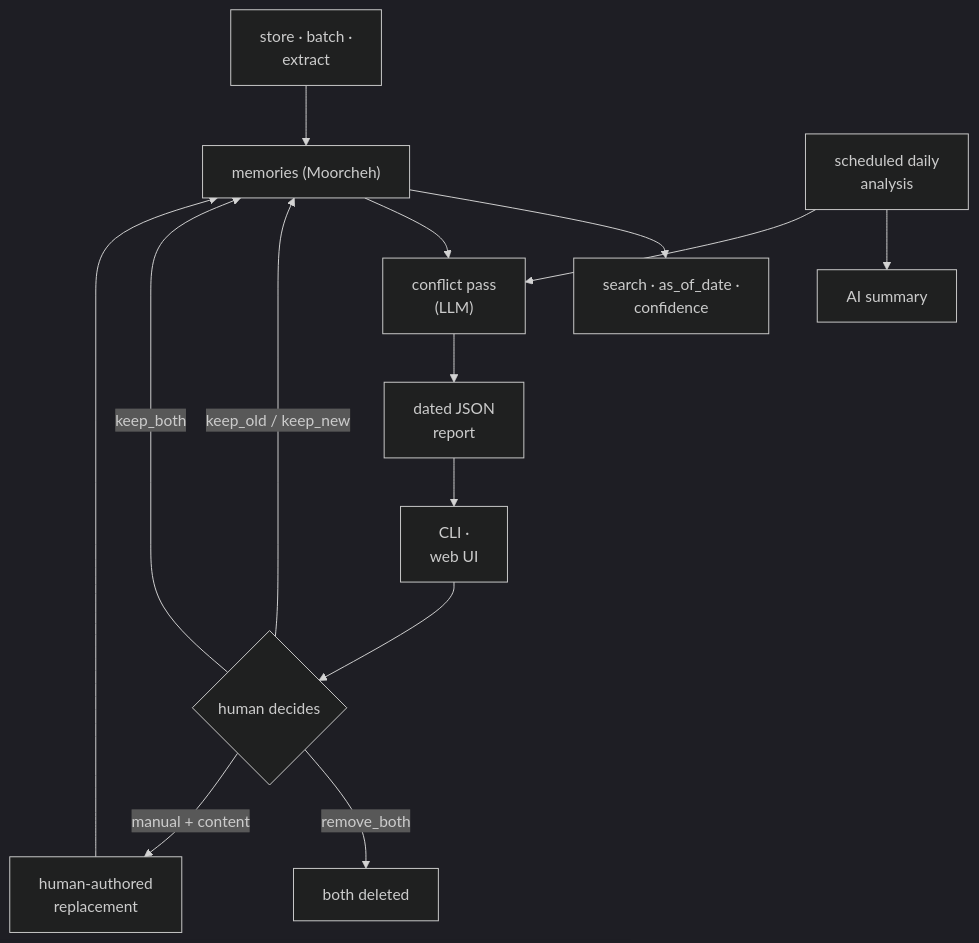
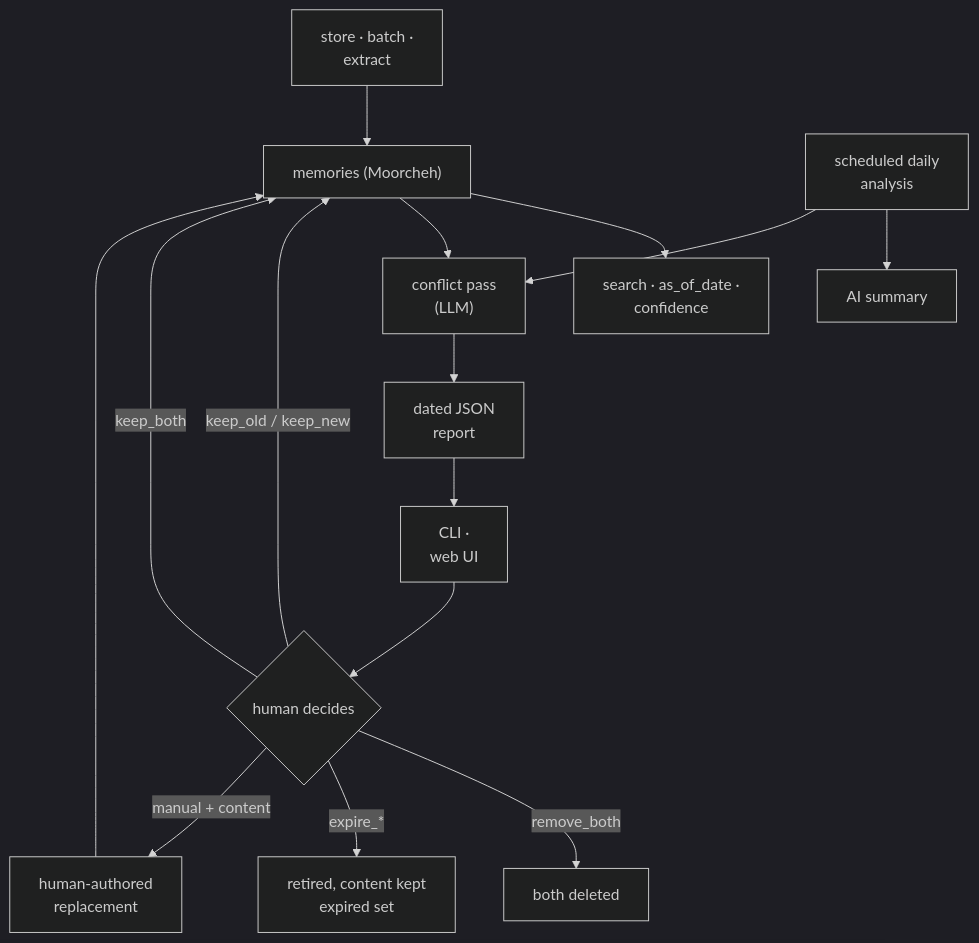
One commit to neoneye/agent-memory-atlas changed the second of 2 diagrams in content/systems/memanto.md. Above: the diagram before and after it, drawn with Mermaid (dark theme). The commit also changed other lines of this file and 99 other files, not shown here.

````diff
--- a/content/systems/memanto.md
+++ b/content/systems/memanto.md
@@ -121,17 +128,18 @@
 ```mermaid
 %% caption: the same daily analysis in context — the LLM finds the conflict, the human decides it, and a manual disposition writes a human-authored replacement
 flowchart TD
   W["store · batch ·<br/>extract"] --> M["memories (Moorcheh)"]
   M --> S["search · as_of_date ·<br/>confidence"]
   Sched["scheduled daily<br/>analysis"] --> Sum["AI summary"]
   Sched --> CP["conflict pass<br/>(LLM)"]
   M --> CP
   CP --> R["dated JSON<br/>report"]
   R --> UI["CLI ·<br/>web UI"]
   UI --> D{"human decides"}
   D -->|keep_old / keep_new| M
   D -->|keep_both| M
   D -->|remove_both| Del["both deleted"]
+  D -->|expire_*| Exp["retired, content kept<br/>expired set"]
   D -->|manual + content| New["human-authored<br/>replacement"]
   New --> M
 ```
````
